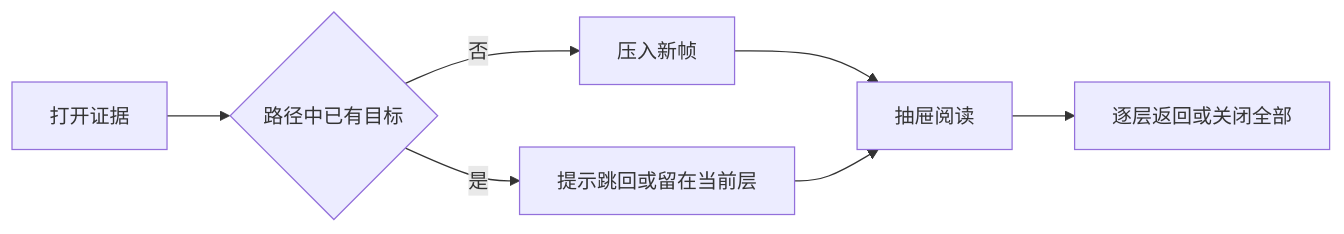
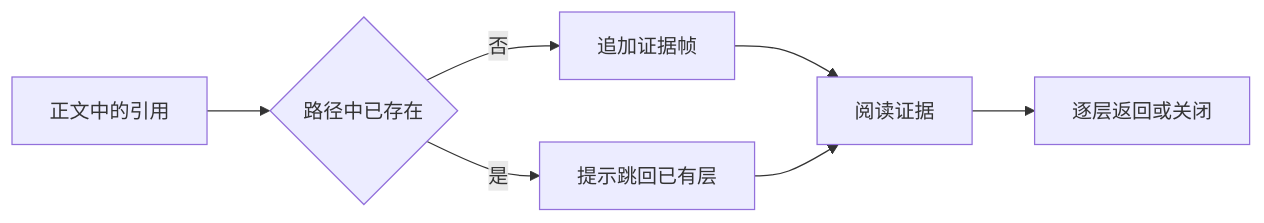
The diagram in .repo-review/knowledge/articles/6607c2c3bf5f37d90f40dbb9be65efb451562d2e65e1b7437d9c1a7e6198dfcc.md (lejunyang/omem), drawn with Mermaid before and after one commit. The commit also changed other lines of this file and 97 other files, not shown here.

````diff
--- a/.repo-review/knowledge/articles/6607c2c3bf5f37d90f40dbb9be65efb451562d2e65e1b7437d9c1a7e6198dfcc.md
+++ b/.repo-review/knowledge/articles/6607c2c3bf5f37d90f40dbb9be65efb451562d2e65e1b7437d9c1a7e6198dfcc.md
@@ -26,9 +28,9 @@
 ```mermaid
 flowchart LR
-  A[打开证据] --> B{路径中已有目标}
-  B -- 否 --> C[压入新帧]
-  B -- 是 --> D[提示跳回或留在当前层]
-  C --> E[抽屉阅读]
+  A[正文中的引用] --> B{路径中已存在}
+  B -- 否 --> C[追加证据帧]
+  B -- 是 --> D[提示跳回已有层]
+  C --> E[阅读证据]
   D --> E
-  E --> F[逐层返回或关闭全部]
+  E --> F[逐层返回或关闭]
 ```
````
